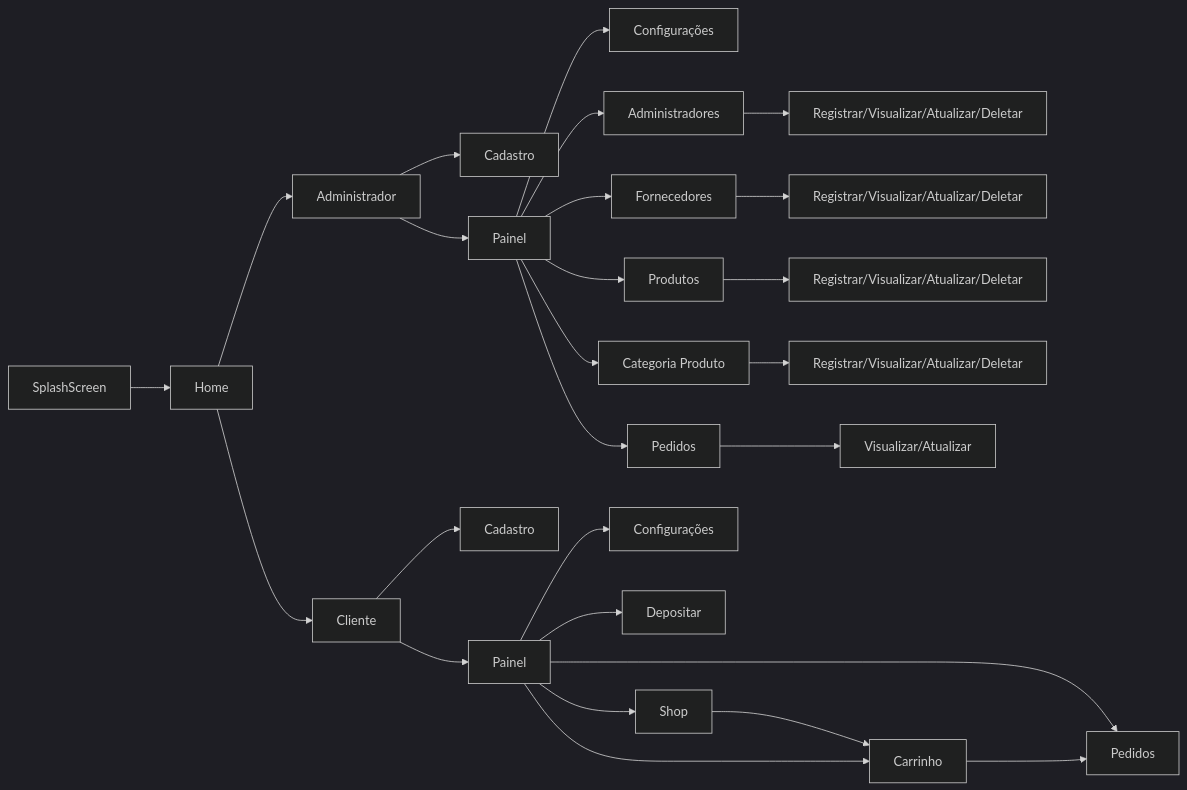
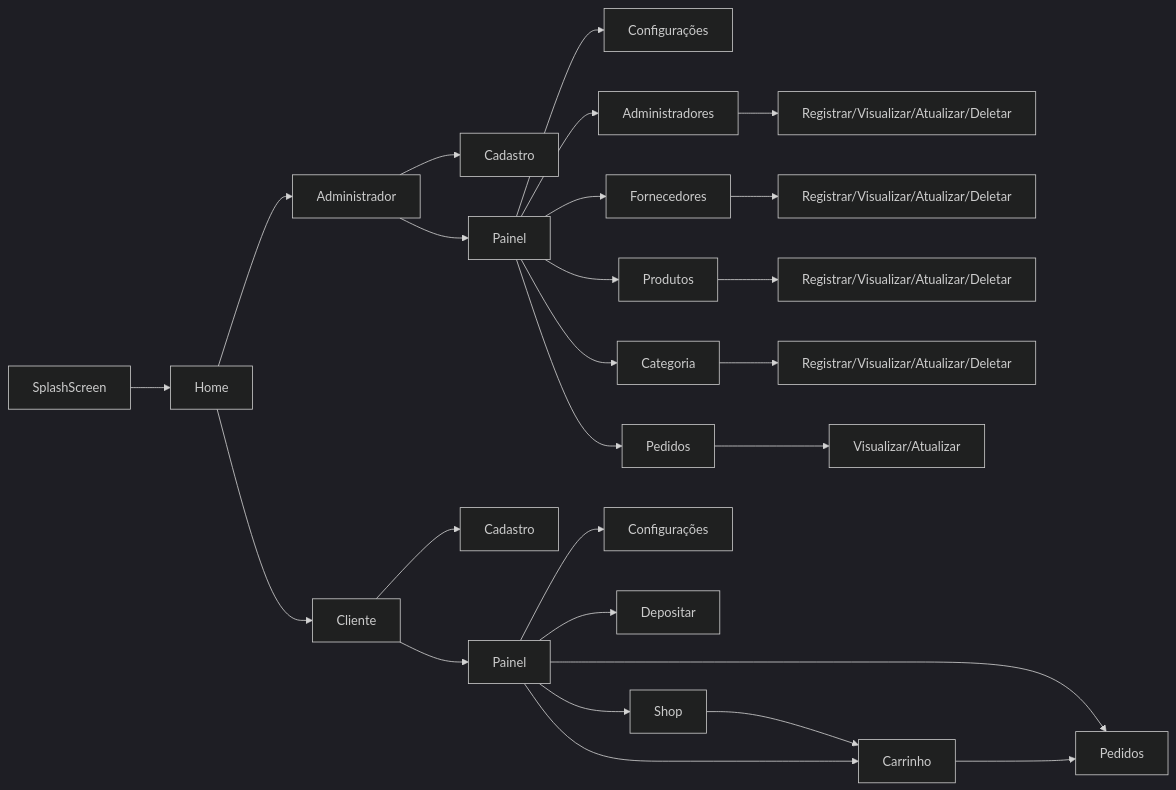
Before and after one commit to WhitePoodleMoth/TrendStyle: the diagram in Diagram/FLOWCHART.mermaid, drawn with Mermaid (dark theme).

```diff
--- a/Diagram/FLOWCHART.mermaid
+++ b/Diagram/FLOWCHART.mermaid
@@ -1,38 +1,38 @@
 graph LR
     splash[SplashScreen] --> home[Home]
 
     home --> admin[Administrador]
     home --> client[Cliente]
     
     admin --> admin_register[Cadastro]
 
     admin --> admin_panel[Painel]
 
     admin_panel --> admin_config[Configurações]
     admin_panel --> admin_admin[Administradores]
     admin_panel --> admin_vendor[Fornecedores]
     admin_panel --> admin_products[Produtos]
-    admin_panel --> admin_category[Categoria Produto]
+    admin_panel --> admin_category[Categoria]
     admin_panel --> admin_order[Pedidos]
     
     admin_admin --> admin_admin_manage[Registrar/Visualizar/Atualizar/Deletar]
     
     admin_vendor --> admin_vendor_manage[Registrar/Visualizar/Atualizar/Deletar]
 
     admin_products --> admin_products_manage[Registrar/Visualizar/Atualizar/Deletar]
     
     admin_category --> admin_category_manage[Registrar/Visualizar/Atualizar/Deletar]
 
     admin_order --> admin_order_manage[Visualizar/Atualizar]
     
     client --> client_register[Cadastro]
 
     client --> client_menu[Painel]
 
     client_menu --> client_config[Configurações]
     client_menu --> client_deposit[Depositar]
     client_menu --> client_shop[Shop]
     client_shop --> client_cart[Carrinho]
     client_menu --> client_cart
     client_menu --> client_order[Pedidos]
     client_cart --> client_order
```
